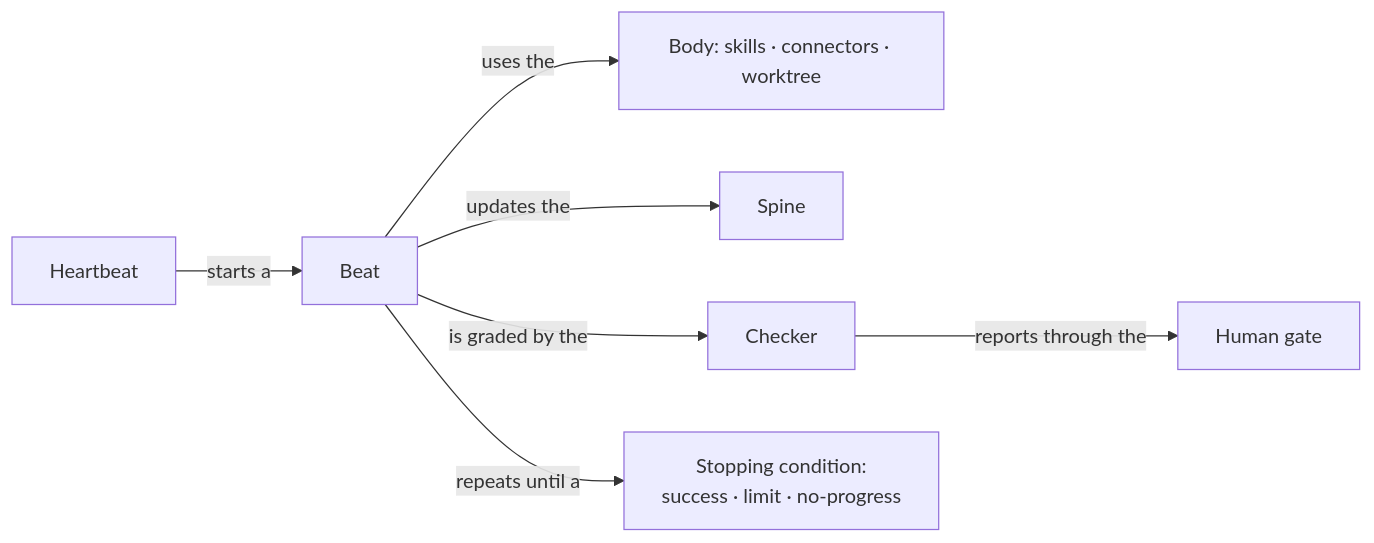
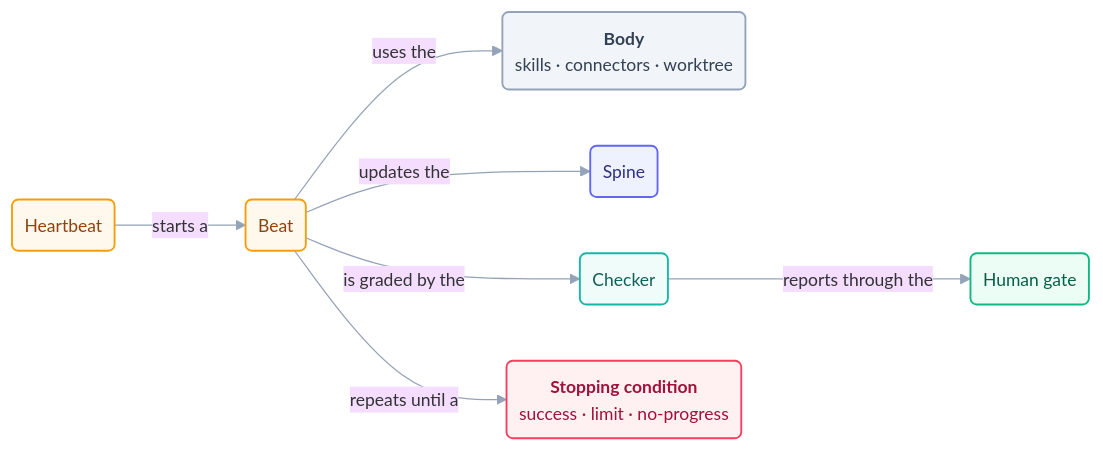
The diagram in docs/00-foundations/glossary.md (ayeshakhalid192007-dev/LoopEngineering-CrashCourse), drawn with Mermaid before and after one commit. The commit also changed 14 other files, not shown here.

First line of the commit message:
Polish Day 1 mermaid diagrams; log the checker/link-check re-run

````diff
--- a/docs/00-foundations/glossary.md
+++ b/docs/00-foundations/glossary.md
@@ -104,9 +104,16 @@
 ```mermaid
+%%{init: {'theme':'base','themeVariables':{'fontFamily':'ui-sans-serif, system-ui, sans-serif','fontSize':'14px','lineColor':'#94a3b8'},'flowchart':{'curve':'basis','nodeSpacing':45,'rankSpacing':60,'padding':10}}}%%
 flowchart LR
-    HB[Heartbeat] -->|starts a| BT[Beat]
-    BT -->|uses the| BD[Body: skills · connectors · worktree]
-    BT -->|updates the| SPN[Spine]
-    BT -->|is graded by the| CHK[Checker]
-    CHK -->|reports through the| HG[Human gate]
-    BT -->|repeats until a| STP[Stopping condition:<br/>success · limit · no-progress]
+    HB("Heartbeat"):::time -->|starts a| BT("Beat"):::time
+    BT -->|uses the| BD("<b>Body</b><br/>skills · connectors · worktree"):::body
+    BT -->|updates the| SPN("Spine"):::spine
+    BT -->|is graded by the| CHK("Checker"):::check
+    CHK -->|reports through the| HG("Human gate"):::human
+    BT -->|repeats until a| STP("<b>Stopping condition</b><br/>success · limit · no-progress"):::stop
+    classDef time fill:#fef9ec,stroke:#f59e0b,stroke-width:1.5px,color:#92400e;
+    classDef body fill:#f1f5f9,stroke:#94a3b8,stroke-width:1.5px,color:#334155;
+    classDef spine fill:#eef2ff,stroke:#6366f1,stroke-width:1.5px,color:#312e81;
+    classDef check fill:#effcf9,stroke:#14b8a6,stroke-width:1.5px,color:#115e59;
+    classDef human fill:#ecfdf5,stroke:#10b981,stroke-width:1.5px,color:#065f46;
+    classDef stop fill:#fff1f2,stroke:#f43f5e,stroke-width:1.5px,color:#9f1239;
 ```
````
